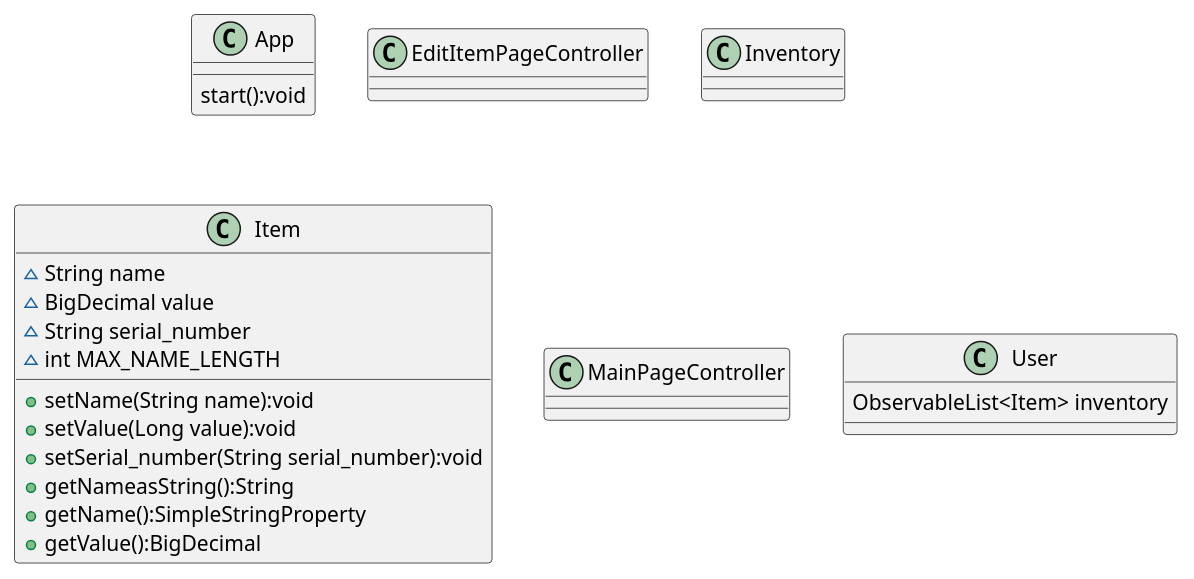
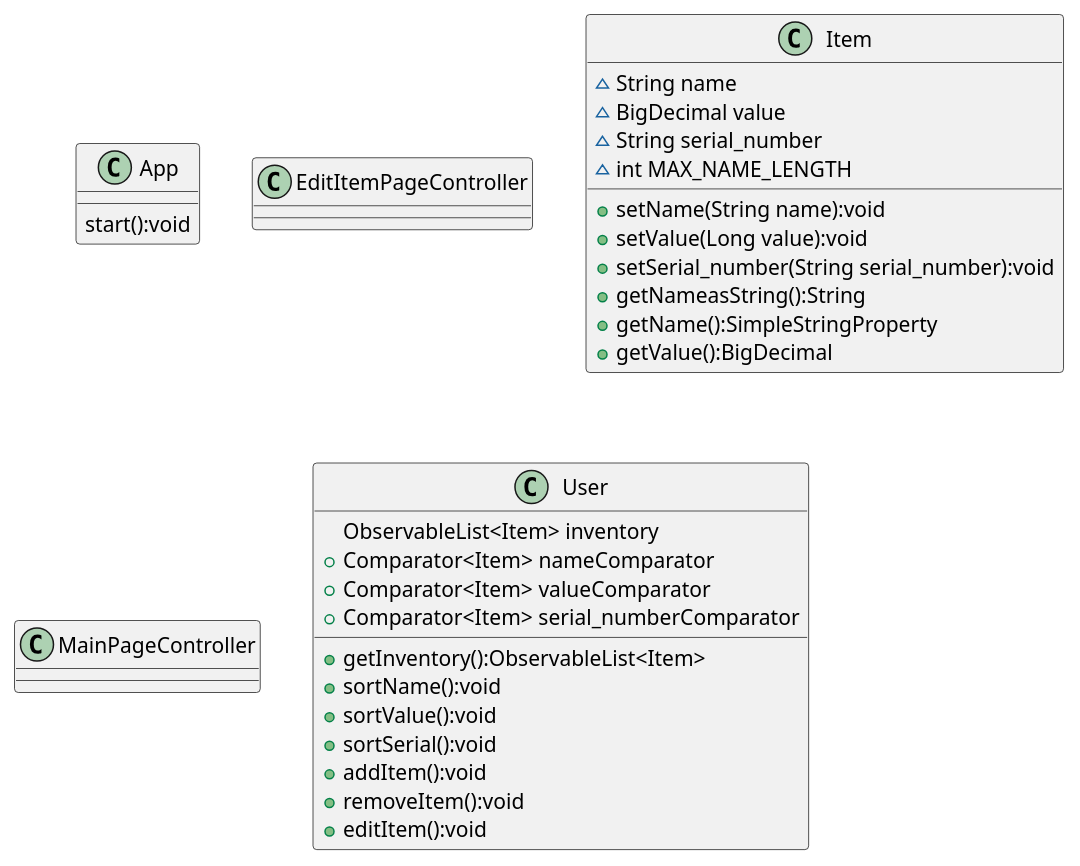
One commit to Andrew-Shepard/inventory-javafx changed the diagram in uml/Assignment5.puml. Above: the diagram before and after it, drawn with PlantUML. The commit also changed 1 other file, not shown here.

```diff
--- a/uml/Assignment5.puml
+++ b/uml/Assignment5.puml
@@ -1,30 +1,39 @@
 @startuml
 'https://plantuml.com/class-diagram
 
 class App {
     start():void
 }
 class EditItemPageController{
-}
-class Inventory{
 }
 class Item{
     ~String name
     ~BigDecimal value
     ~String serial_number
     ~int MAX_NAME_LENGTH
 
     +setName(String name):void
     +setValue(Long value):void
     +setSerial_number(String serial_number):void
     +getNameasString():String
     +getName():SimpleStringProperty
     +getValue():BigDecimal
 }
 class MainPageController{
 }
 class User{
     ObservableList<Item> inventory
+    +Comparator<Item> nameComparator
+    +Comparator<Item> valueComparator
+    +Comparator<Item> serial_numberComparator
+
+    +getInventory():ObservableList<Item>
+    +sortName():void
+    +sortValue():void
+    +sortSerial():void
+    +addItem():void
+    +removeItem():void
+    +editItem():void
 }
 
 @enduml
```
